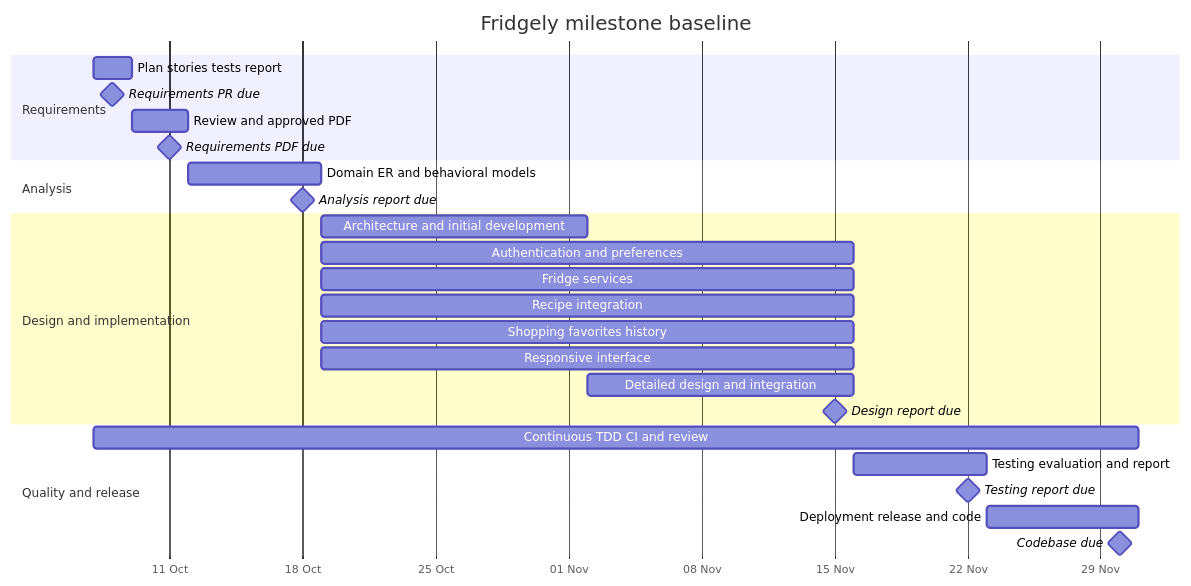
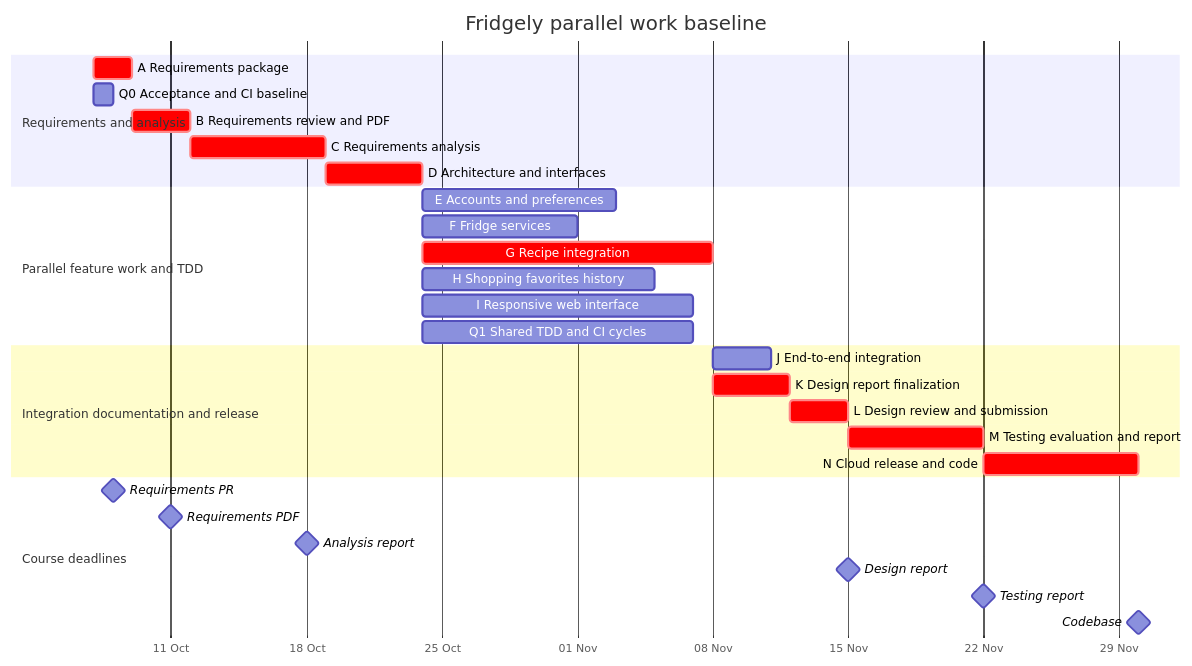
One commit to SarpCizer/CMPE331-Project changed the diagram in docs/plans/gantt.md. Above: the diagram before and after it, drawn with Mermaid. The commit also changed other lines of this file and 36 other files, not shown here.

Commit message:
Address requirements review: parallel plans, criteria, diagrams and tests

````diff
--- a/docs/plans/gantt.md
+++ b/docs/plans/gantt.md
@@ -5,29 +5,32 @@
 ```mermaid
 gantt
-    title Fridgely milestone baseline
+    title Fridgely parallel work baseline
     dateFormat YYYY-MM-DD
     axisFormat %d %b
-    section Requirements
-    Plan stories tests report :a, 2026-10-07, 2d
-    Requirements PR due :milestone, 2026-10-08, 0d
-    Review and approved PDF :b, 2026-10-09, 3d
-    Requirements PDF due :milestone, 2026-10-11, 0d
-    section Analysis
-    Domain ER and behavioral models :c, 2026-10-12, 7d
-    Analysis report due :milestone, 2026-10-18, 0d
-    section Design and implementation
-    Architecture and initial development :d, 2026-10-19, 14d
-    Authentication and preferences :2026-10-19, 28d
-    Fridge services :2026-10-19, 28d
-    Recipe integration :2026-10-19, 28d
-    Shopping favorites history :2026-10-19, 28d
-    Responsive interface :2026-10-19, 28d
-    Detailed design and integration :e, 2026-11-02, 14d
-    Design report due :milestone, 2026-11-15, 0d
-    section Quality and release
-    Continuous TDD CI and review :2026-10-07, 55d
-    Testing evaluation and report :f, 2026-11-16, 7d
-    Testing report due :milestone, 2026-11-22, 0d
-    Deployment release and code :g, 2026-11-23, 8d
-    Codebase due :milestone, 2026-11-30, 0d
+    section Requirements and analysis
+    A Requirements package :crit, a, 2026-10-07, 2d
+    Q0 Acceptance and CI baseline : q0, 2026-10-07, 1d
+    B Requirements review and PDF :crit, b, 2026-10-09, 3d
+    C Requirements analysis :crit, c, 2026-10-12, 7d
+    D Architecture and interfaces :crit, d, 2026-10-19, 5d
+    section Parallel feature work and TDD
+    E Accounts and preferences : e, 2026-10-24, 10d
+    F Fridge services : f, 2026-10-24, 8d
+    G Recipe integration :crit, g, 2026-10-24, 15d
+    H Shopping favorites history : h, 2026-10-24, 12d
+    I Responsive web interface : i, 2026-10-24, 14d
+    Q1 Shared TDD and CI cycles : q1, 2026-10-24, 14d
+    section Integration documentation and release
+    J End-to-end integration : j, 2026-11-08, 3d
+    K Design report finalization :crit, k, 2026-11-08, 4d
+    L Design review and submission :crit, l, 2026-11-12, 3d
+    M Testing evaluation and report :crit, m, 2026-11-15, 7d
+    N Cloud release and code :crit, n, 2026-11-22, 8d
+    section Course deadlines
+    Requirements PR :milestone, 2026-10-08, 0d
+    Requirements PDF :milestone, 2026-10-11, 0d
+    Analysis report :milestone, 2026-10-18, 0d
+    Design report :milestone, 2026-11-15, 0d
+    Testing report :milestone, 2026-11-22, 0d
+    Codebase :milestone, 2026-11-30, 0d
 ```
````
